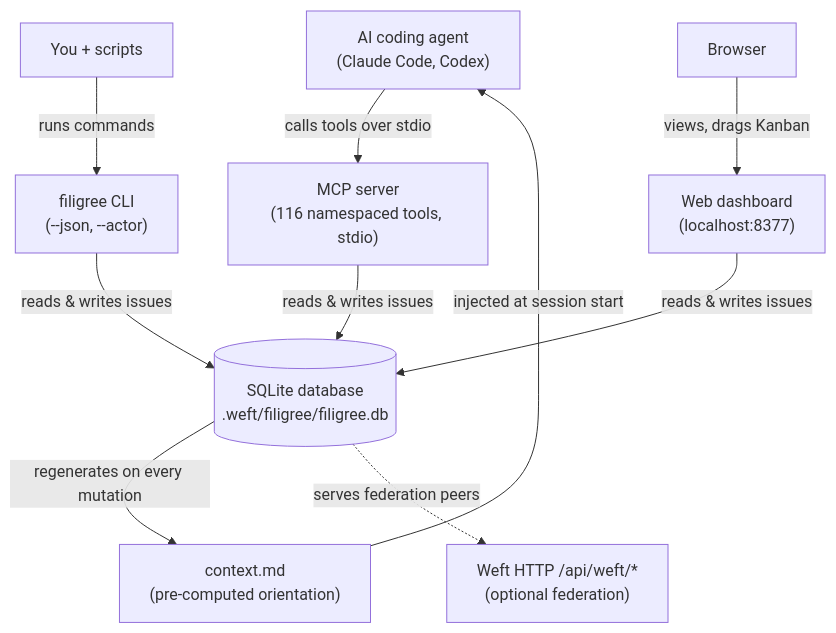
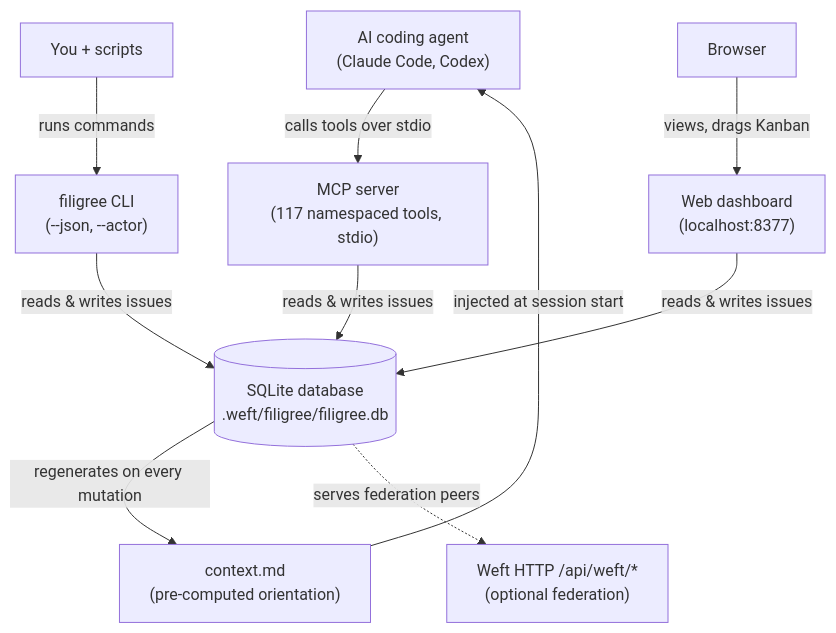
Before and after one commit to foundryside-dev/filigree: the first of 3 diagrams in README.md, drawn with Mermaid. The commit also changed other lines of this file and 6 other files, not shown here.

````diff
--- a/README.md
+++ b/README.md
@@ -46,27 +46,27 @@
 ```mermaid
 flowchart TD
     Agent["AI coding agent<br/>(Claude Code, Codex)"]
     Human["You + scripts"]
     Browser["Browser"]
 
-    MCP["MCP server<br/>(116 namespaced tools, stdio)"]
+    MCP["MCP server<br/>(117 namespaced tools, stdio)"]
     CLI["filigree CLI<br/>(--json, --actor)"]
     Dash["Web dashboard<br/>(localhost:8377)"]
 
     DB[("SQLite database<br/>.weft/filigree/filigree.db")]
     Ctx["context.md<br/>(pre-computed orientation)"]
     Weft["Weft HTTP /api/weft/*<br/>(optional federation)"]
 
     Agent -->|"calls tools over stdio"| MCP
     Human -->|"runs commands"| CLI
     Browser -->|"views, drags Kanban"| Dash
 
     MCP -->|"reads & writes issues"| DB
     CLI -->|"reads & writes issues"| DB
     Dash -->|"reads & writes issues"| DB
 
     DB -->|"regenerates on every mutation"| Ctx
     Ctx -->|"injected at session start"| Agent
 
     DB -.->|"serves federation peers"| Weft
 ```
````
